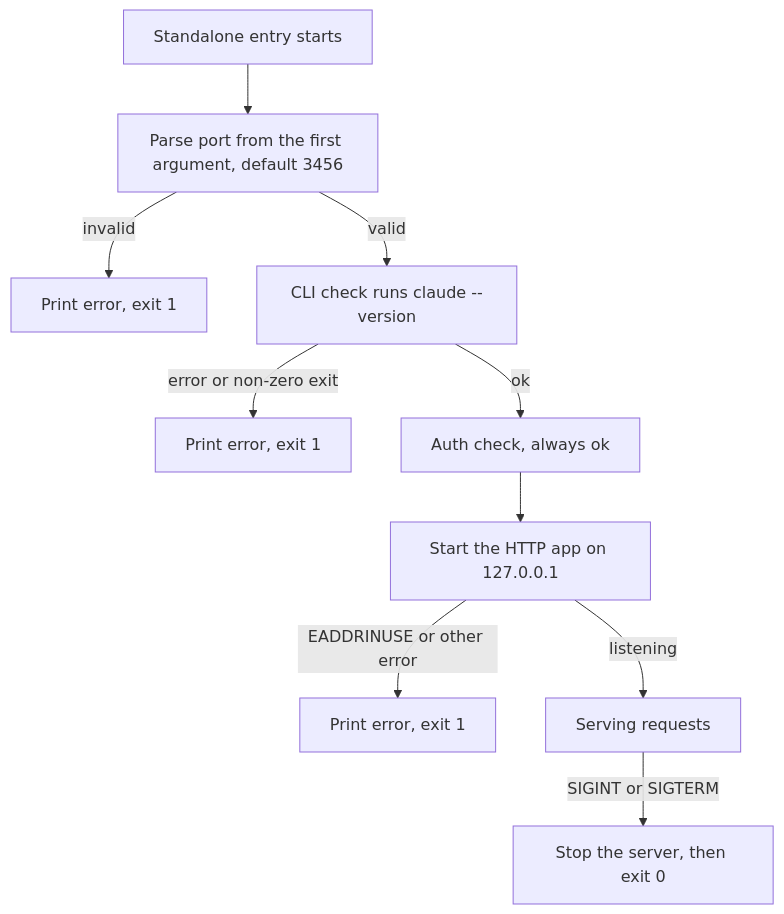
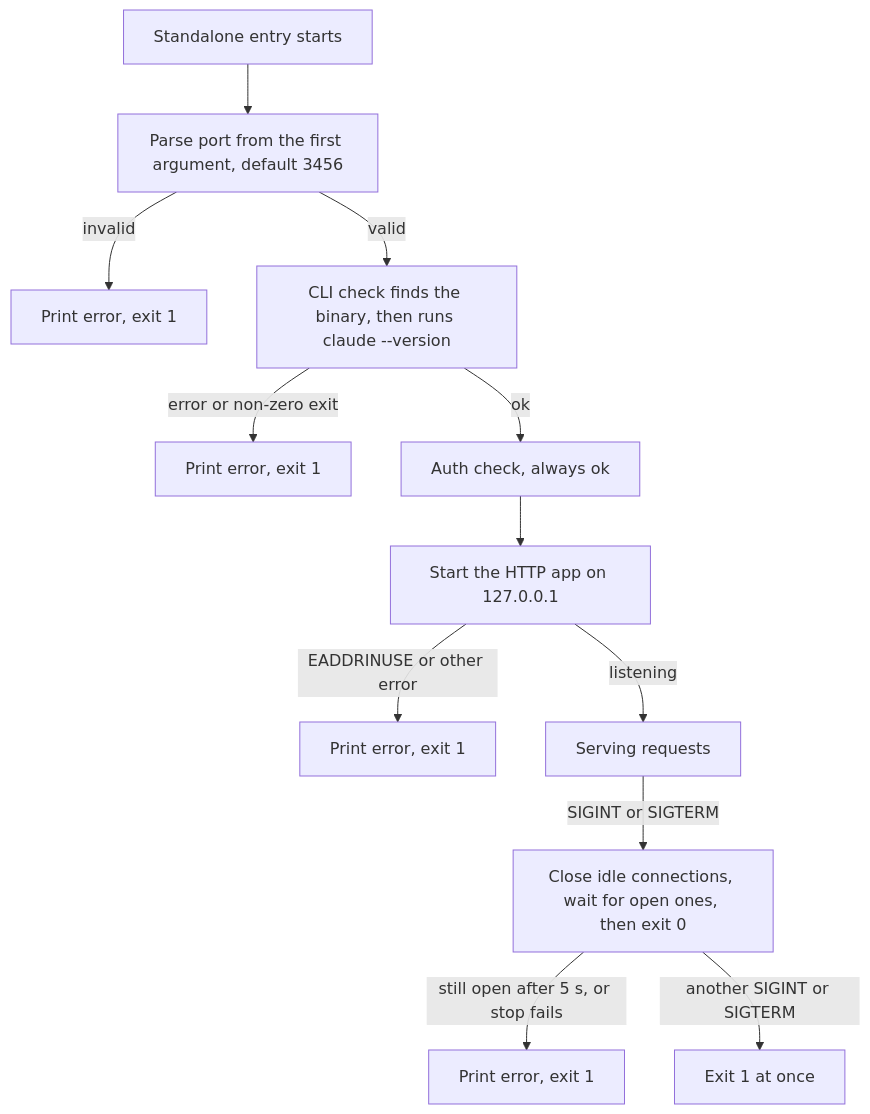
The first of 4 diagrams in docs/WORKFLOW.md (jameshskoh/claude-max-api-proxy), drawn with Mermaid before and after one commit. The commit also changed other lines of this file and 2 other files, not shown here.

````diff
--- a/docs/WORKFLOW.md
+++ b/docs/WORKFLOW.md
@@ -10,12 +10,14 @@
 ```mermaid
 flowchart TD
   A["Standalone entry starts"] --> B["Parse port from the first argument, default 3456"]
   B -->|invalid| X1["Print error, exit 1"]
-  B -->|valid| C["CLI check runs claude --version"]
+  B -->|valid| C["CLI check finds the binary, then runs claude --version"]
   C -->|error or non-zero exit| X2["Print error, exit 1"]
   C -->|ok| D["Auth check, always ok"]
   D --> E["Start the HTTP app on 127.0.0.1"]
   E -->|EADDRINUSE or other error| X3["Print error, exit 1"]
   E -->|listening| F["Serving requests"]
-  F -->|SIGINT or SIGTERM| G["Stop the server, then exit 0"]
+  F -->|SIGINT or SIGTERM| G["Close idle connections, wait for open ones, then exit 0"]
+  G -->|still open after 5 s, or stop fails| X4["Print error, exit 1"]
+  G -->|another SIGINT or SIGTERM| X5["Exit 1 at once"]
 ```
````
